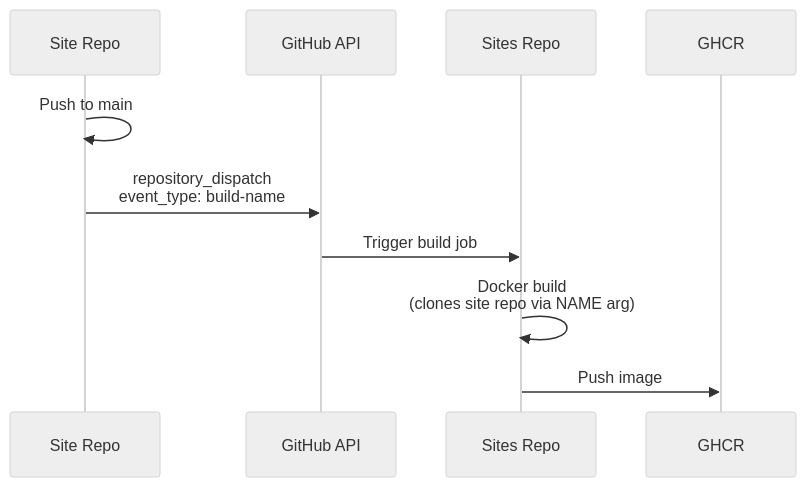
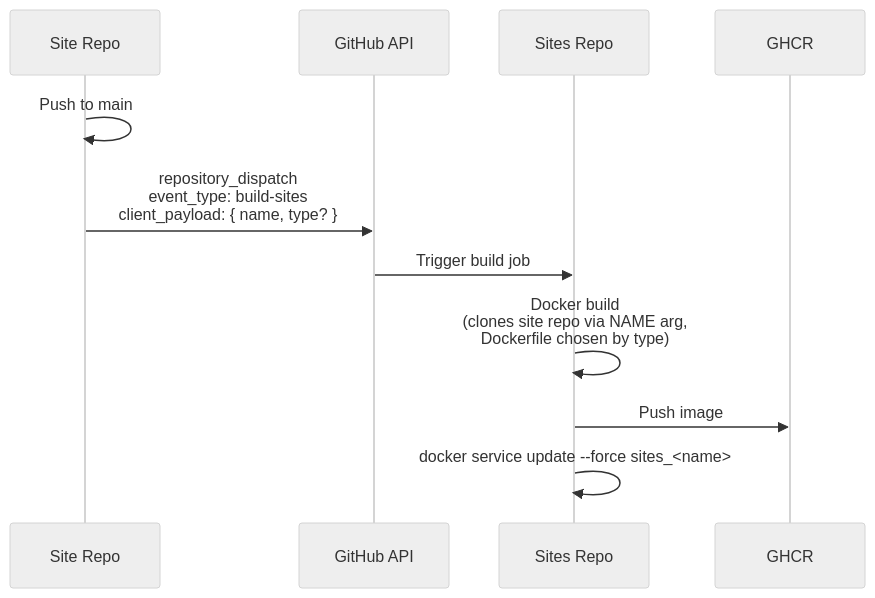
One commit to outsideworx/.kiro changed the third of 3 diagrams in prompts/outsideworx/github-actions.md. Above: the diagram before and after it, drawn with Mermaid (neutral theme). The commit also changed other lines of this file and 9 other files, not shown here.

````diff
--- a/prompts/outsideworx/github-actions.md
+++ b/prompts/outsideworx/github-actions.md
@@ -73,13 +73,14 @@
 ```mermaid
 sequenceDiagram
     participant SiteRepo as Site Repo
     participant API as GitHub API
     participant SitesRepo as Sites Repo
     participant GHCR as GHCR
 
     SiteRepo->>SiteRepo: Push to main
-    SiteRepo->>API: repository_dispatch<br/>event_type: build-name
+    SiteRepo->>API: repository_dispatch<br/>event_type: build-sites<br/>client_payload: { name, type? }
     API->>SitesRepo: Trigger build job
-    SitesRepo->>SitesRepo: Docker build<br/>(clones site repo via NAME arg)
+    SitesRepo->>SitesRepo: Docker build<br/>(clones site repo via NAME arg,<br/>Dockerfile chosen by type)
     SitesRepo->>GHCR: Push image
+    SitesRepo->>SitesRepo: docker service update --force sites_<name>
 ```
````
